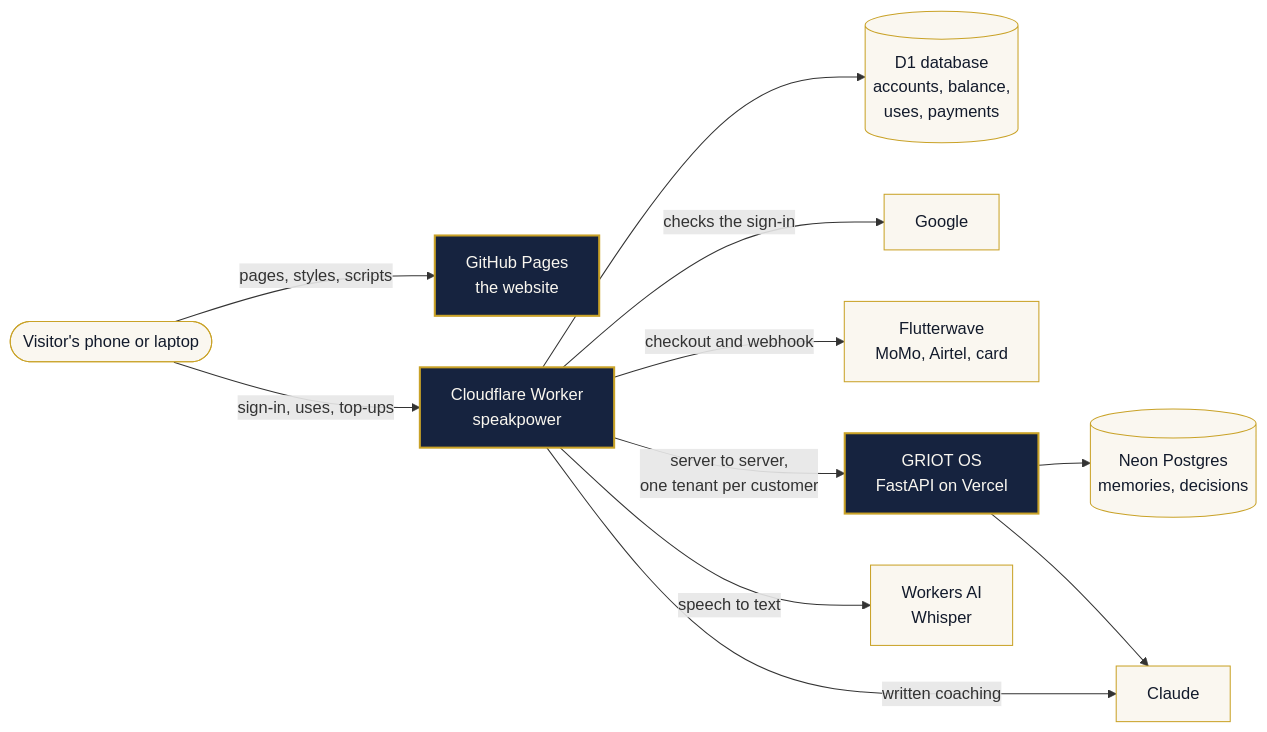
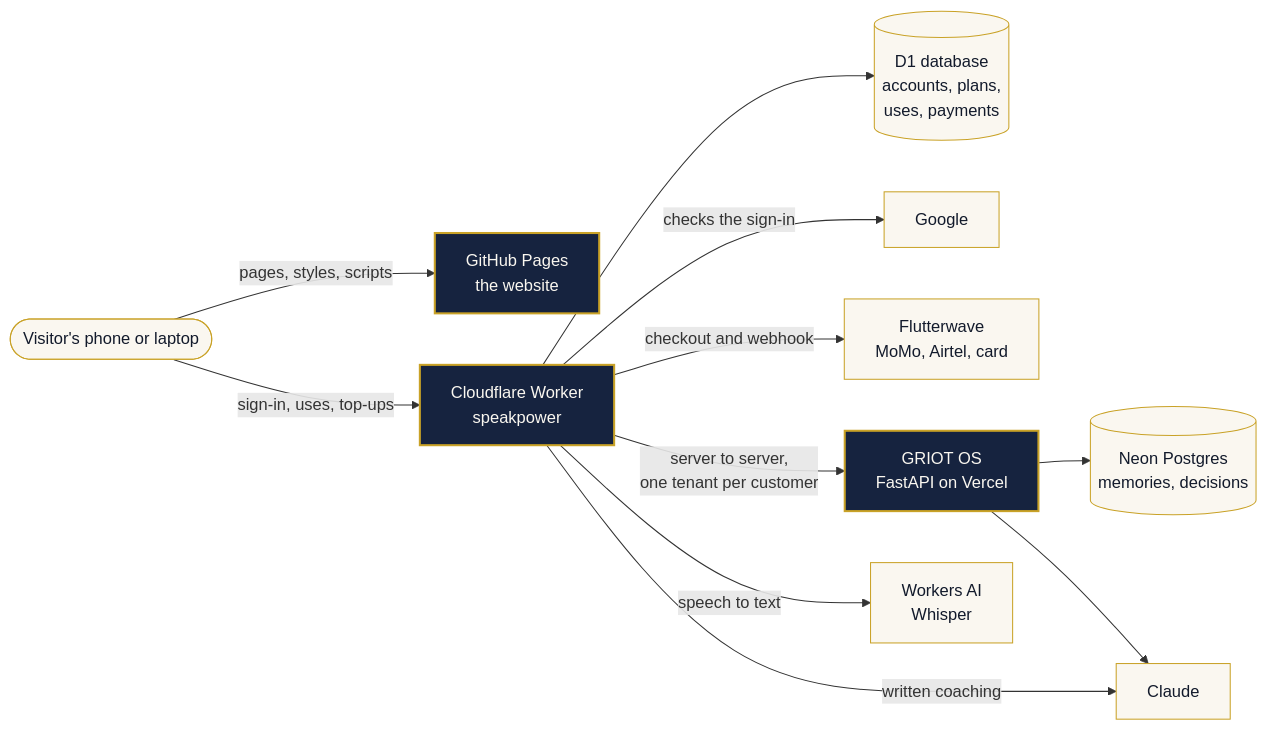
Before and after one commit to SpeakPower-commits/SpeakPower: the first of 2 diagrams in README.md, drawn with Mermaid. The commit also changed other lines of this file and 10 other files, not shown here.

````diff
--- a/README.md
+++ b/README.md
@@ -37,19 +44,19 @@
 ```mermaid
 flowchart LR
   V([Visitor's phone or laptop]) -->|pages, styles, scripts| P[GitHub Pages<br/>the website]
   V -->|sign-in, uses, top-ups| W[Cloudflare Worker<br/>speakpower]
-  W --> D[(D1 database<br/>accounts, balance,<br/>uses, payments)]
+  W --> D[(D1 database<br/>accounts, plans,<br/>uses, payments)]
   W -->|checks the sign-in| G[Google]
   W -->|checkout and webhook| F[Flutterwave<br/>MoMo, Airtel, card]
   W -->|server to server,<br/>one tenant per customer| R[GRIOT OS<br/>FastAPI on Vercel]
   R --> N[(Neon Postgres<br/>memories, decisions)]
   R --> C[Claude]
   W -->|speech to text| A[Workers AI<br/>Whisper]
   W -->|written coaching| C
   classDef sp fill:#16233f,stroke:#c9a227,stroke-width:2px,color:#faf7f0
   classDef ext fill:#faf7f0,stroke:#c9a227,color:#121a2b
   classDef planned fill:#faf7f0,stroke:#9c7a12,stroke-dasharray:5 4,color:#121a2b
   class P,W,R sp
   class V,D,G,F,N,C ext
   class A ext
 ```
````
